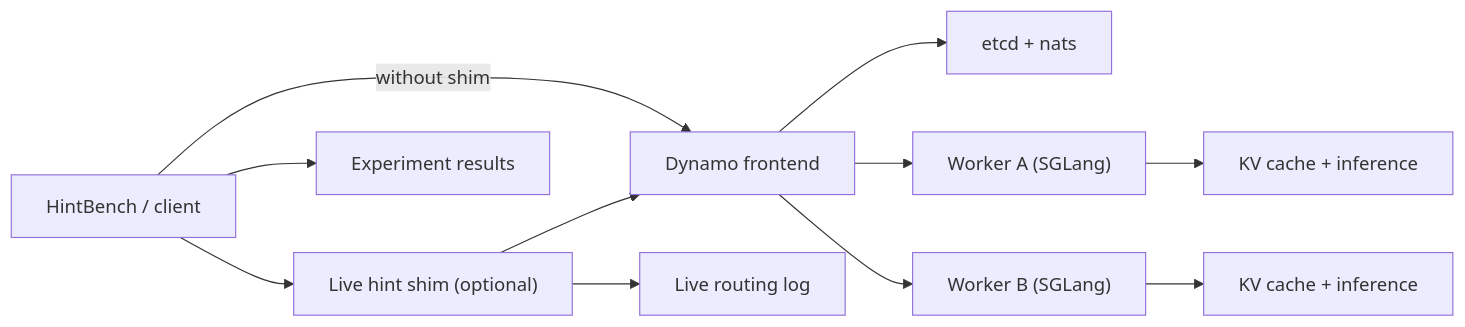
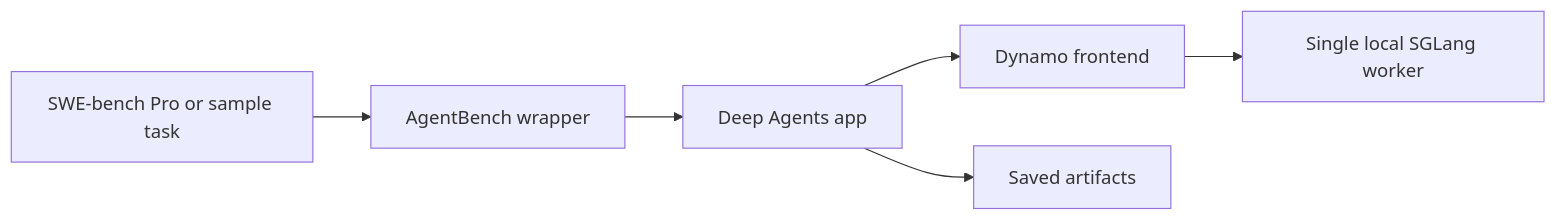
The diagram in README.md (the308official-afk/kv_cache_offloading), drawn with Mermaid before and after one commit. The commit also changed other lines of this file and 150 other files, not shown here.

````diff
--- a/README.md
+++ b/README.md
@@ -19,13 +15,8 @@
 ```mermaid
 flowchart LR
-    A["HintBench / client"] --> B["Live hint shim (optional)"]
-    B --> C["Dynamo frontend"]
-    A -->|"without shim"| C
-    C --> D["etcd + nats"]
-    C --> E["Worker A (SGLang)"]
-    C --> F["Worker B (SGLang)"]
-    E --> G["KV cache + inference"]
-    F --> H["KV cache + inference"]
-    B --> I["Live routing log"]
-    A --> J["Experiment results"]
+    A["SWE-bench Pro or sample task"] --> B["AgentBench wrapper"]
+    B --> C["Deep Agents app"]
+    C --> D["Dynamo frontend"]
+    D --> E["Single local SGLang worker"]
+    C --> F["Saved artifacts"]
 ```
````
